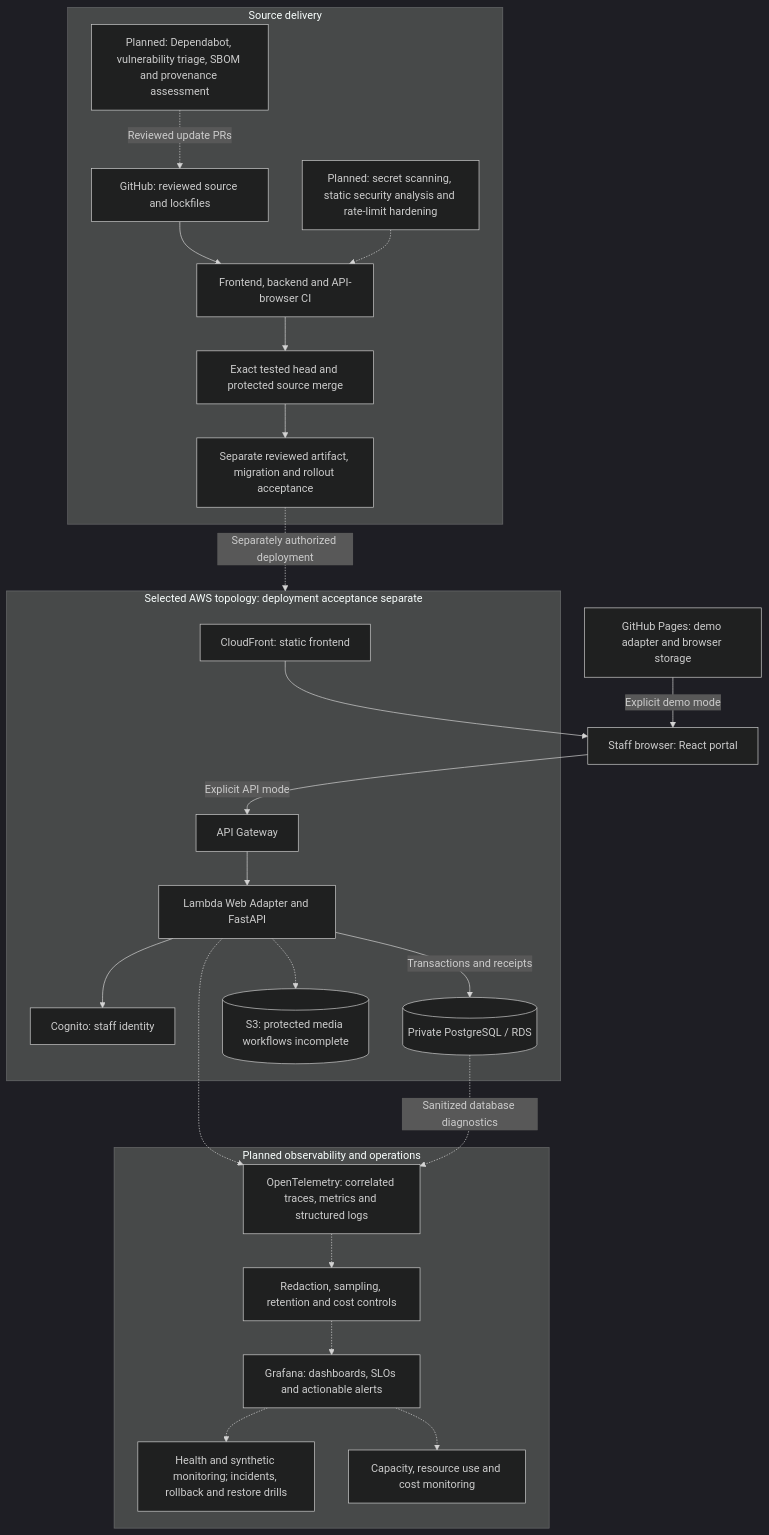
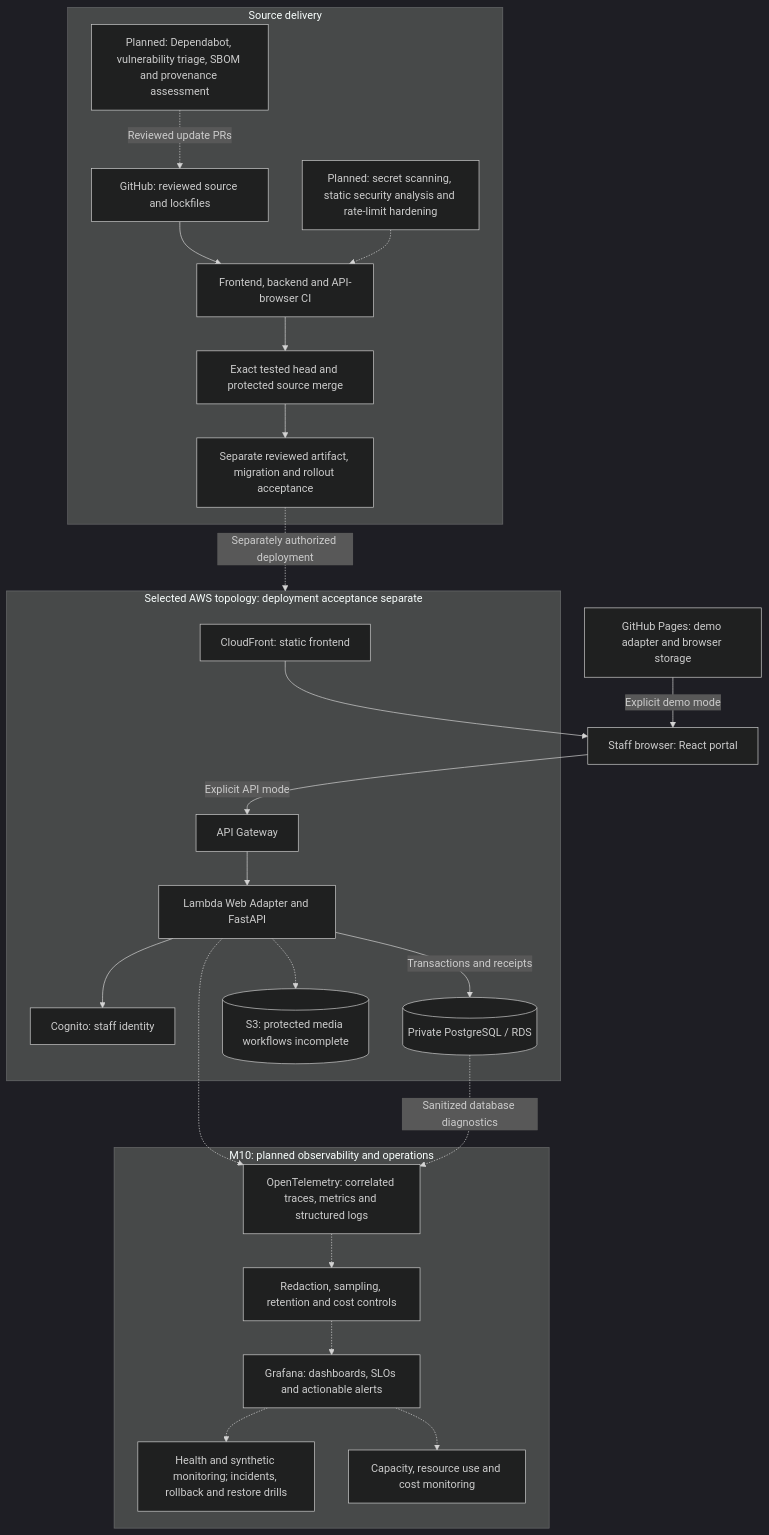
One commit to LimYouSheng/FitfinityReact changed the first of 3 diagrams in docs/Architecture/diagram.md. Above: the diagram before and after it, drawn with Mermaid (dark theme). The commit also changed other lines of this file and 4 other files, not shown here.

````diff
--- a/docs/Architecture/diagram.md
+++ b/docs/Architecture/diagram.md
@@ -9,44 +9,44 @@
 ```mermaid
 flowchart TB
   Staff["Staff browser: React portal"]
   Pages["GitHub Pages: demo adapter and browser storage"]
   subgraph AWS["Selected AWS topology: deployment acceptance separate"]
     Assets["CloudFront: static frontend"]
     Gateway["API Gateway"]
     App["Lambda Web Adapter and FastAPI"]
     Identity["Cognito: staff identity"]
     DB[("Private PostgreSQL / RDS")]
     Media[("S3: protected media workflows incomplete")]
   end
   subgraph Delivery["Source delivery"]
     Repo["GitHub: reviewed source and lockfiles"]
     CI["Frontend, backend and API-browser CI"]
     Merge["Exact tested head and protected source merge"]
     Release["Separate reviewed artifact, migration and rollout acceptance"]
     Supply["Planned: Dependabot, vulnerability triage, SBOM and provenance assessment"]
     Security["Planned: secret scanning, static security analysis and rate-limit hardening"]
   end
-  subgraph Operations["Planned observability and operations"]
+  subgraph Operations["M10: planned observability and operations"]
     OTel["OpenTelemetry: correlated traces, metrics and structured logs"]
     Privacy["Redaction, sampling, retention and cost controls"]
     Grafana["Grafana: dashboards, SLOs and actionable alerts"]
     Ops["Health and synthetic monitoring; incidents, rollback and restore drills"]
     Capacity["Capacity, resource use and cost monitoring"]
   end
   Assets --> Staff
   Pages -->|"Explicit demo mode"| Staff
   Staff -->|"Explicit API mode"| Gateway
   Gateway --> App
   App --> Identity
   App -->|"Transactions and receipts"| DB
   App -.-> Media
   Repo --> CI --> Merge --> Release
   Release -.->|"Separately authorized deployment"| AWS
   Supply -.->|"Reviewed update PRs"| Repo
   Security -.-> CI
   App -.-> OTel
   DB -.->|"Sanitized database diagnostics"| OTel
   OTel -.-> Privacy -.-> Grafana
   Grafana -.-> Ops
   Grafana -.-> Capacity
 ```
````
